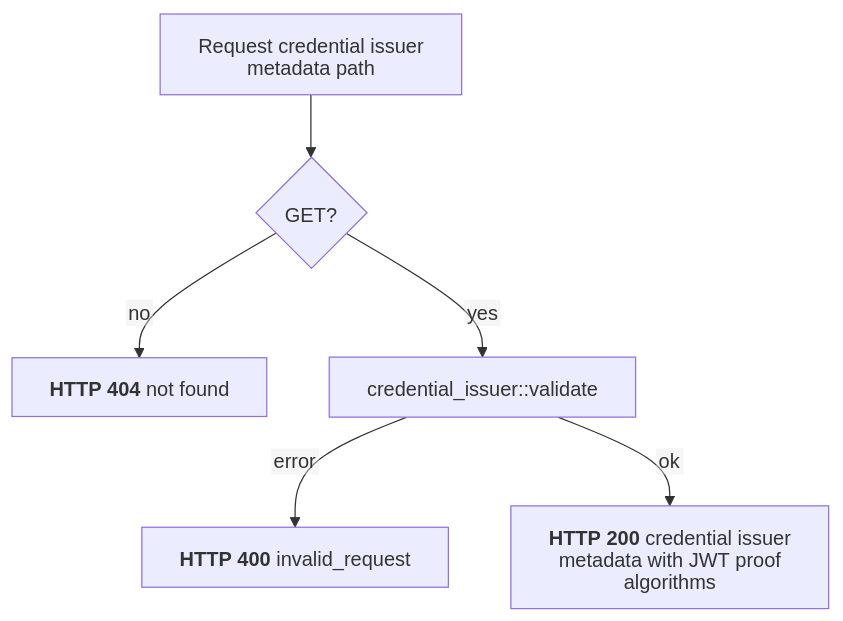
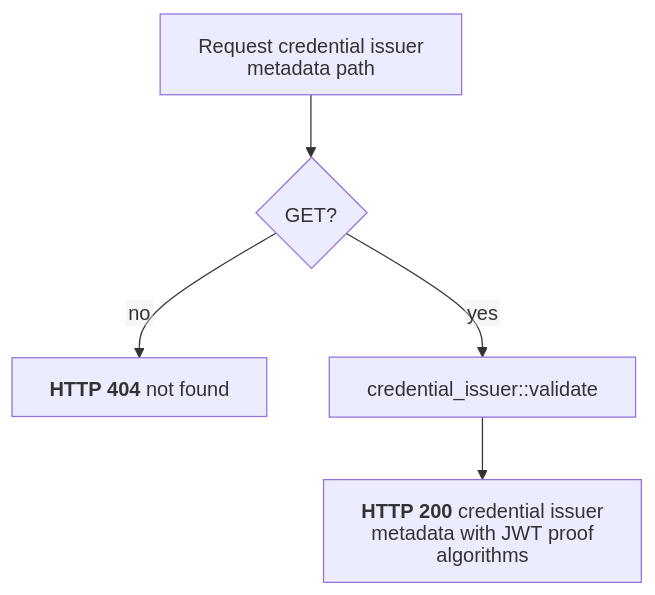
One commit to malach-it/kagome changed the diagram in docs/flows/openid4vci/credential_issuer_metadata_endpoint.mmd. Above: the diagram before and after it, drawn with Mermaid. The commit also changed 23 other files, not shown here.

Commit message:
fix: use configured credential issuer

```diff
--- a/docs/flows/openid4vci/credential_issuer_metadata_endpoint.mmd
+++ b/docs/flows/openid4vci/credential_issuer_metadata_endpoint.mmd
@@ -1,7 +1,6 @@
 %%{init: {"htmlLabels": false, "flowchart": {"htmlLabels": false}}}%%
 flowchart TD
     start[Request credential issuer metadata path] --> method{GET?}
     method -- no --> not_found["`**HTTP 404** not found`"]
     method -- yes --> issuer["credential_issuer::validate"]
-    issuer -- error --> error["`**HTTP 400** invalid_request`"]
-    issuer -- ok --> success["`**HTTP 200** credential issuer metadata with JWT proof algorithms`"]
+    issuer --> success["`**HTTP 200** credential issuer metadata with JWT proof algorithms`"]
```
